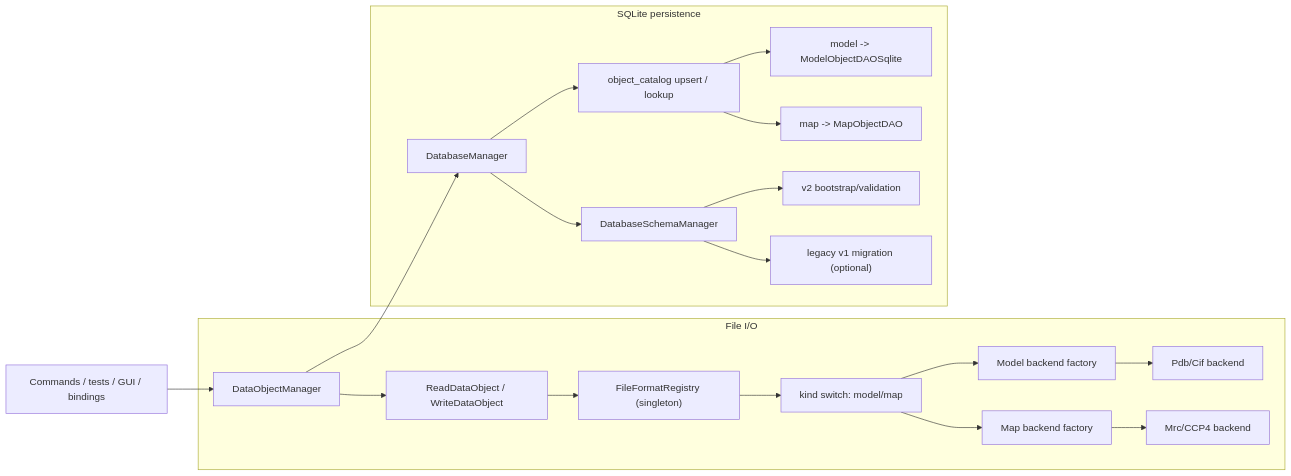
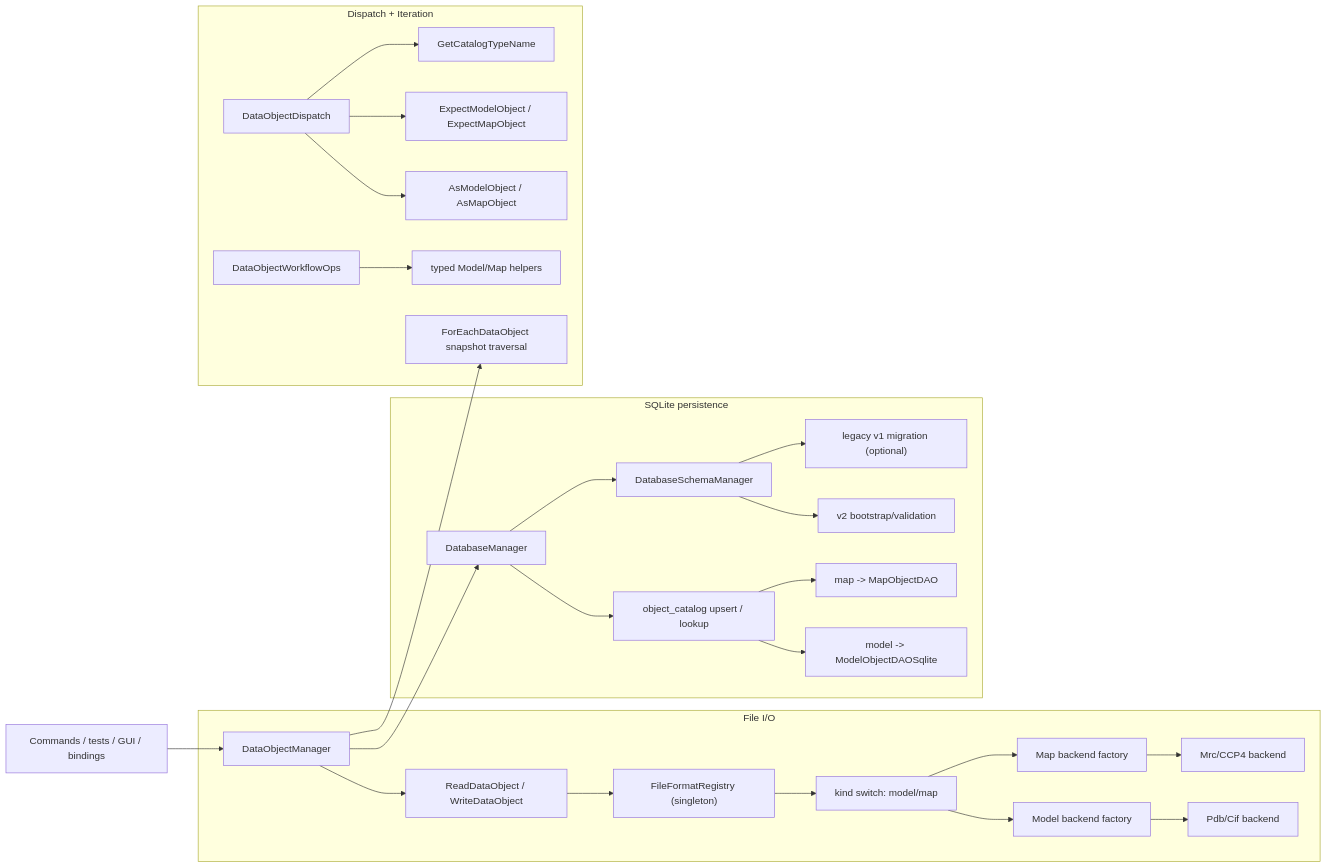
The diagram in docs/developer/architecture/dataobject-io-architecture.md (yslianTim/rhbm_gem), drawn with Mermaid before and after one commit. The commit also changed other lines of this file and 5 other files, not shown here.

````diff
--- a/docs/developer/architecture/dataobject-io-architecture.md
+++ b/docs/developer/architecture/dataobject-io-architecture.md
@@ -35,24 +39,32 @@
 ```mermaid
 flowchart LR
     A["Commands / tests / GUI / bindings"] --> B["DataObjectManager"]
 
     subgraph F["File I/O"]
       B --> C["ReadDataObject / WriteDataObject"]
       C --> D["FileFormatRegistry (singleton)"]
       D --> E["kind switch: model/map"]
       E --> F1["Model backend factory"]
       E --> F2["Map backend factory"]
       F1 --> G1["Pdb/Cif backend"]
       F2 --> G2["Mrc/CCP4 backend"]
     end
 
     subgraph P["SQLite persistence"]
       B --> H["DatabaseManager"]
       H --> I["object_catalog upsert / lookup"]
       I --> J["model -> ModelObjectDAOSqlite"]
       I --> K["map -> MapObjectDAO"]
       H --> L["DatabaseSchemaManager"]
       L --> M["v2 bootstrap/validation"]
       L --> N["legacy v1 migration (optional)"]
     end
+
+    subgraph D2["Dispatch + Iteration"]
+      B --> Q["ForEachDataObject snapshot traversal"]
+      R["DataObjectDispatch"] --> R1["AsModelObject / AsMapObject"]
+      R --> R2["ExpectModelObject / ExpectMapObject"]
+      R --> R3["GetCatalogTypeName"]
+      S["DataObjectWorkflowOps"] --> S1["typed Model/Map helpers"]
+    end
 ```
````
